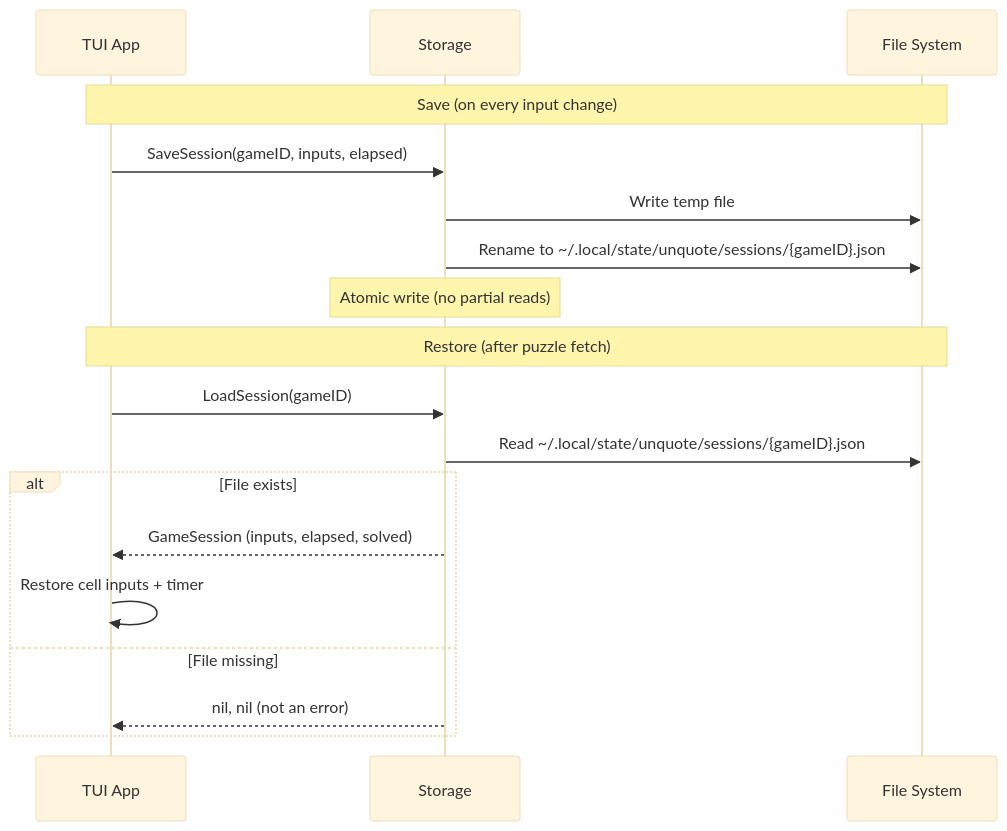
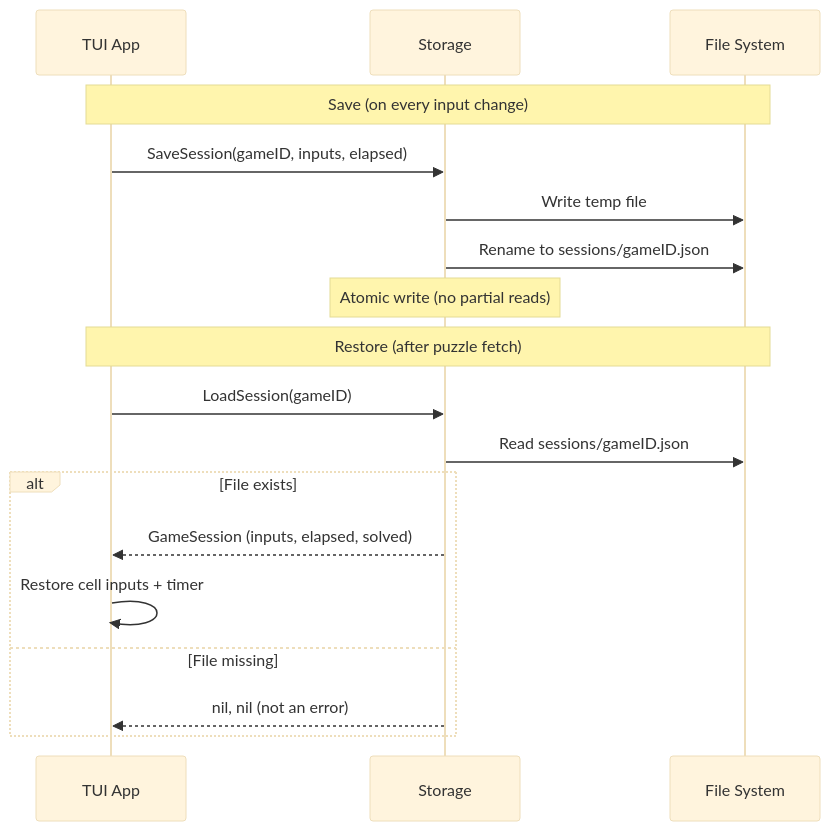
The fourth of 4 diagrams in docs/CODEBASE_MAP.md (bojanrajkovic/unquote), drawn with Mermaid (base theme) before and after one commit. The commit also changed other lines of this file, not shown here.

First line of the commit message:
docs: fix mermaid diagram rendering on github

````diff
--- a/docs/CODEBASE_MAP.md
+++ b/docs/CODEBASE_MAP.md
@@ -302,22 +292,22 @@
 ```mermaid
 sequenceDiagram
     participant App as TUI App
     participant Storage
     participant FS as File System
 
     Note over App,FS: Save (on every input change)
     App->>Storage: SaveSession(gameID, inputs, elapsed)
     Storage->>FS: Write temp file
-    Storage->>FS: Rename to ~/.local/state/unquote/sessions/{gameID}.json
+    Storage->>FS: Rename to sessions/gameID.json
     Note over Storage: Atomic write (no partial reads)
 
     Note over App,FS: Restore (after puzzle fetch)
     App->>Storage: LoadSession(gameID)
-    Storage->>FS: Read ~/.local/state/unquote/sessions/{gameID}.json
+    Storage->>FS: Read sessions/gameID.json
     alt File exists
         Storage-->>App: GameSession (inputs, elapsed, solved)
         App->>App: Restore cell inputs + timer
     else File missing
         Storage-->>App: nil, nil (not an error)
     end
 ```
````
